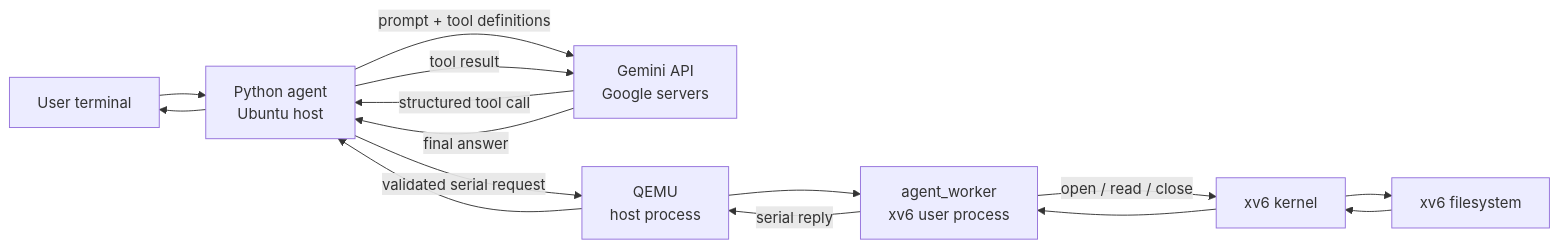
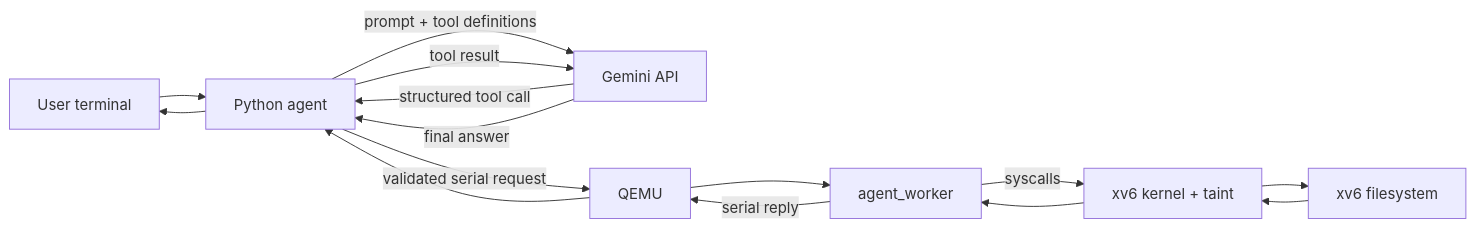
The diagram in agent/ARCHITECTURE.md (suparnagrawal/os), drawn with Mermaid before and after one commit. The commit also changed other lines of this file and 134 other files, not shown here.

````diff
--- a/agent/ARCHITECTURE.md
+++ b/agent/ARCHITECTURE.md
@@ -50,14 +42,14 @@
 ```mermaid
 flowchart LR
-    U[User terminal] --> P[Python agent<br/>Ubuntu host]
-    P -->|prompt + tool definitions| G[Gemini API<br/>Google servers]
+    U[User terminal] --> P[Python agent]
+    P -->|prompt + tool definitions| G[Gemini API]
     G -->|structured tool call| P
-    P -->|validated serial request| Q[QEMU<br/>host process]
-    Q --> W[agent_worker<br/>xv6 user process]
-    W -->|open / read / close| K[xv6 kernel]
+    P -->|validated serial request| Q[QEMU]
+    Q --> W[agent_worker]
+    W -->|syscalls| K[xv6 kernel + taint]
     K --> F[xv6 filesystem]
     F --> K --> W
     W -->|serial reply| Q --> P
     P -->|tool result| G
     G -->|final answer| P --> U
 ```
````
